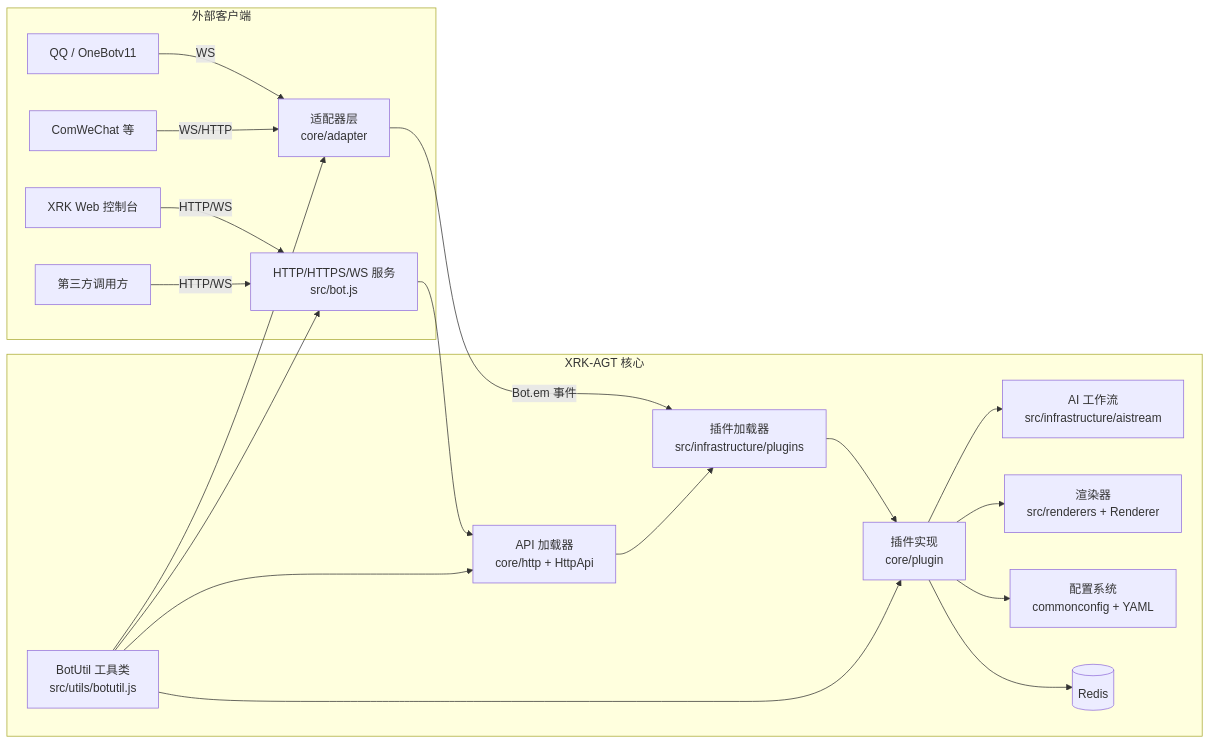
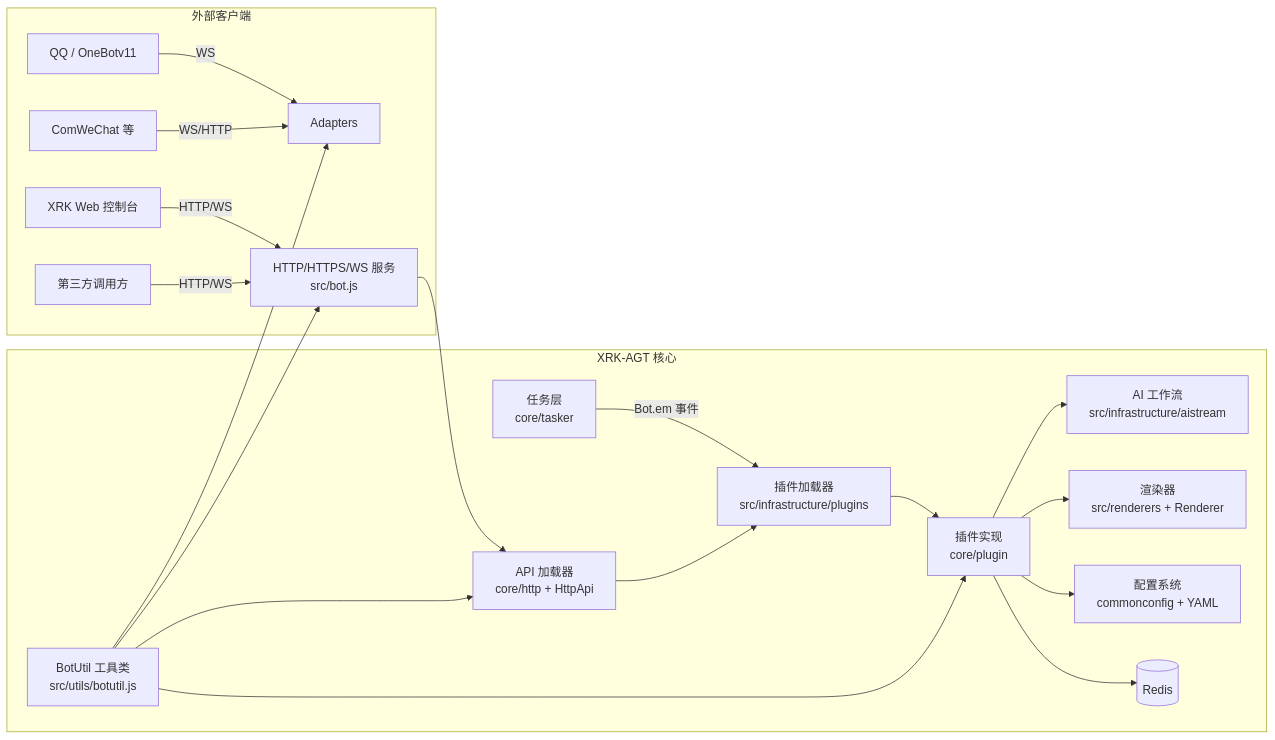
Before and after one commit to sunflowermm/XRK-AGT: the diagram in README.md, drawn with Mermaid. The commit also changed other lines of this file and 29 other files, not shown here.

````diff
--- a/README.md
+++ b/README.md
@@ -21,24 +21,24 @@
 ```mermaid
 flowchart LR
     subgraph Clients["外部客户端"]
       QQ["QQ / OneBotv11"] -->|WS| Adapters
       WeChat["ComWeChat 等"] -->|WS/HTTP| Adapters
       WebUI["XRK Web 控制台"] -->|HTTP/WS| Express
       ThirdAPI["第三方调用方"] -->|HTTP/WS| Express
     end
 
     subgraph Core["XRK-AGT 核心"]
-      Adapters["适配器层\ncore/adapter"] -->|Bot.em 事件| PluginsLoader
+      Taskers["任务层\ncore/tasker"] -->|Bot.em 事件| PluginsLoader
       Express["HTTP/HTTPS/WS 服务\nsrc/bot.js"] --> ApiLoader
       ApiLoader["API 加载器\ncore/http + HttpApi"] --> PluginsLoader
       PluginsLoader["插件加载器\nsrc/infrastructure/plugins"] --> Plugins["插件实现\ncore/plugin"]
       Plugins --> AIStream["AI 工作流\nsrc/infrastructure/aistream"]
       Plugins --> Renderer["渲染器\nsrc/renderers + Renderer"]
       Plugins --> Config["配置系统\ncommonconfig + YAML"]
       Plugins --> Redis[("Redis")]
       BotUtil["BotUtil 工具类\nsrc/utils/botutil.js"] --> Plugins
       BotUtil --> Express
       BotUtil --> ApiLoader
       BotUtil --> Adapters
     end
 ```
````
